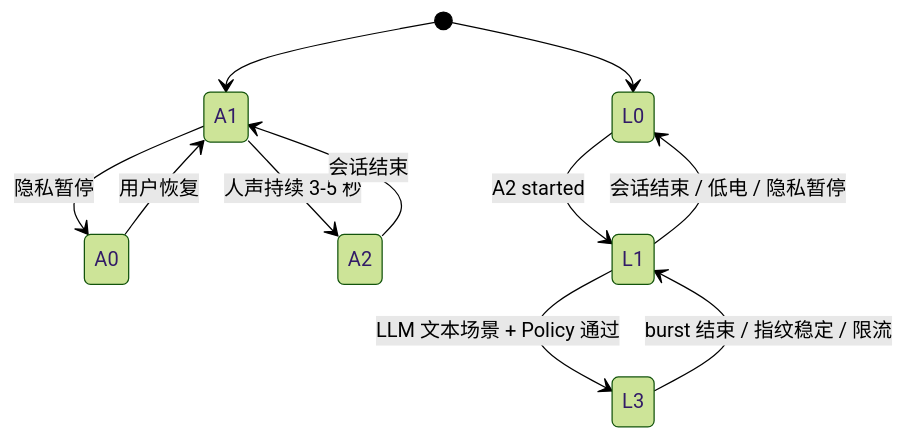
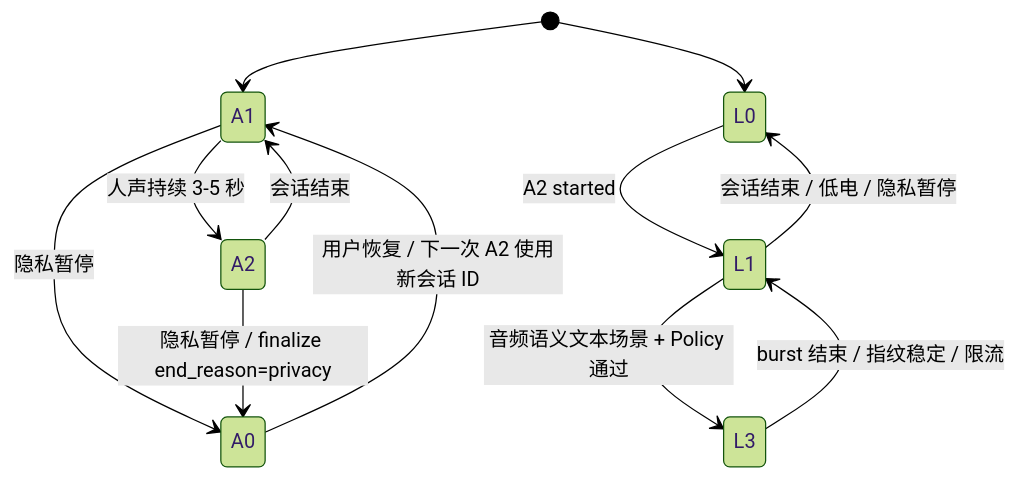
The third of 4 diagrams in software_architecture/confirm/minimal_text_capture_architecture.md (masonYau/glass_agent_planning), drawn with Mermaid (forest theme) before and after one commit. The commit also changed other lines of this file and 2 other files, not shown here.

````diff
--- a/software_architecture/confirm/minimal_text_capture_architecture.md
+++ b/software_architecture/confirm/minimal_text_capture_architecture.md
@@ -167,14 +174,15 @@
 ```mermaid
 stateDiagram-v2
   [*] --> A1
   A1 --> A0: 隐私暂停
-  A0 --> A1: 用户恢复
+  A2 --> A0: 隐私暂停 / finalize end_reason=privacy
+  A0 --> A1: 用户恢复 / 下一次 A2 使用新会话 ID
   A1 --> A2: 人声持续 3-5 秒
   A2 --> A1: 会话结束
 
   [*] --> L0
   L0 --> L1: A2 started
-  L1 --> L3: LLM 文本场景 + Policy 通过
+  L1 --> L3: 音频语义文本场景 + Policy 通过
   L3 --> L1: burst 结束 / 指纹稳定 / 限流
   L1 --> L0: 会话结束 / 低电 / 隐私暂停
 ```
````
